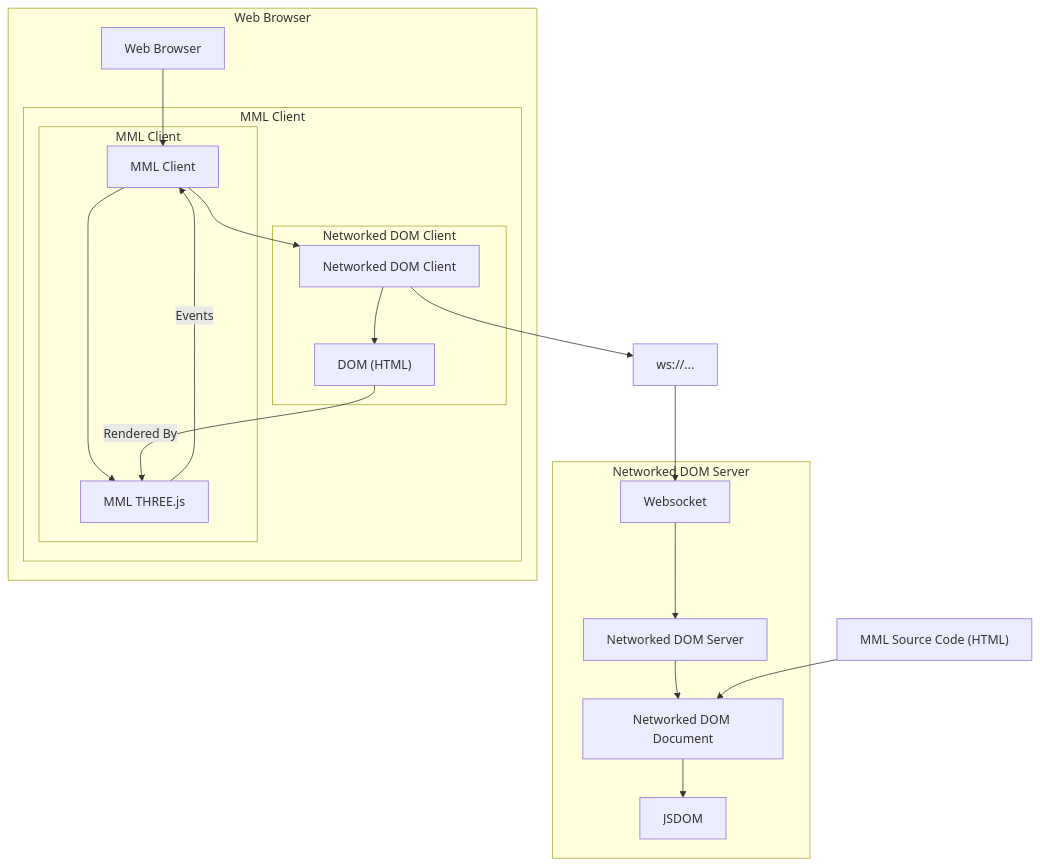
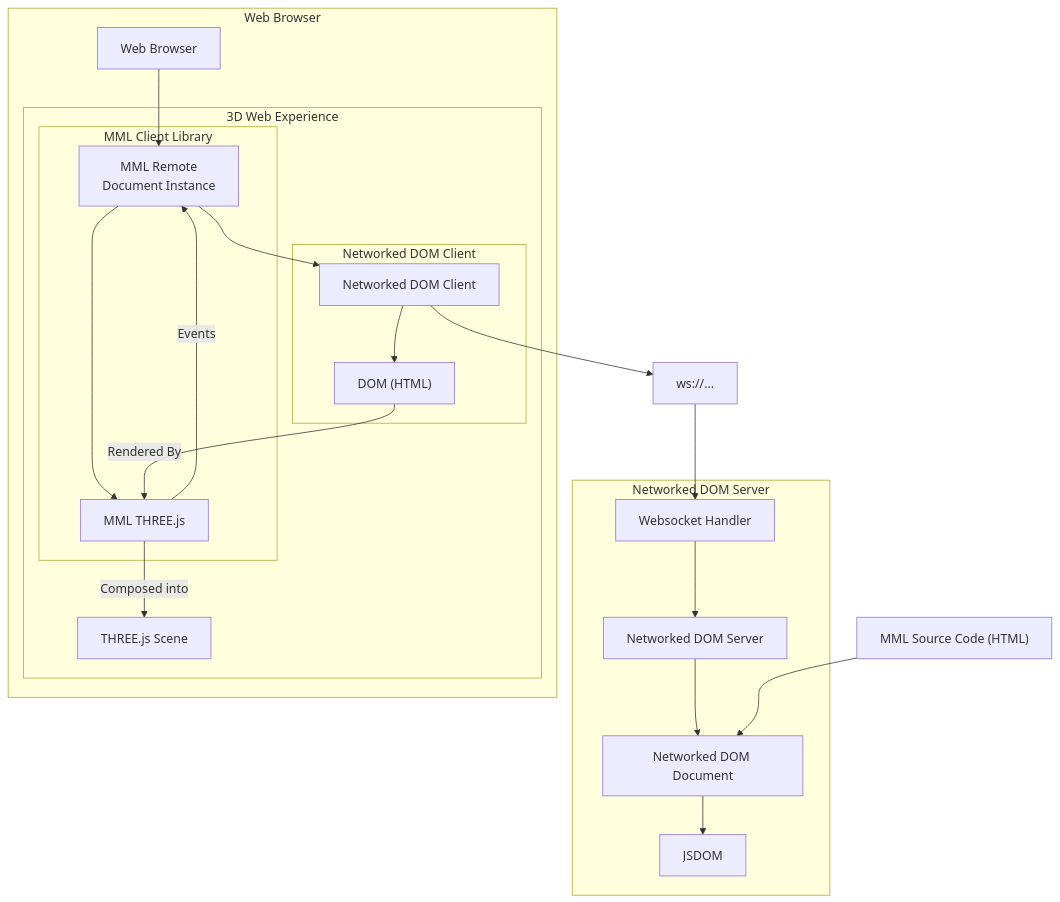
The diagram in README.md (mml-io/mml), drawn with Mermaid before and after one commit. The commit also changed other lines of this file, not shown here.

````diff
--- a/README.md
+++ b/README.md
@@ -98,36 +102,38 @@
 ```mermaid
 graph TD
-      subgraph Networked DOM Server
-          networked-dom-server[Networked DOM Server]
-          networked-dom-document[Networked DOM Document]
-          jsdom[JSDOM]
-          websocket[Websocket]
-          networked-dom-server --> networked-dom-document
-          networked-dom-document --> jsdom
+  subgraph Networked DOM Server
+    networked-dom-server[Networked DOM Server]
+    networked-dom-document[Networked DOM Document]
+    jsdom[JSDOM]
+    websocket[Websocket Handler]
+    networked-dom-server --> networked-dom-document
+    networked-dom-document --> jsdom
+  end
+  mml-source["MML Source Code (HTML)"]
+  mml-source --> networked-dom-document
+  subgraph Web Browser
+    web-browser[Web Browser]
+    subgraph "3D Web Experience"
+      three-js-scene[THREE.js Scene]
+      subgraph Networked DOM Client
+        networked-dom-client[Networked DOM Client]
+        dom["DOM (HTML)"]
+        networked-dom-client --> dom
       end
-      mml-source["MML Source Code (HTML)"]
-      mml-source --> networked-dom-document
-    subgraph Web Browser
-        web-browser[Web Browser]
-        subgraph MML Client
-            subgraph Networked DOM Client
-                networked-dom-client[Networked DOM Client]
-                dom["DOM (HTML)"]
-                networked-dom-client --> dom
-            end
-            subgraph MML Client
-                web-browser-mml-client[MML Client]
-                three-js[MML THREE.js]
-                three-js -- Events --> web-browser-mml-client
-                web-browser-mml-client --> three-js
-            end
-            dom -- Rendered By --> three-js
-        end
+      subgraph MML Client Library
+        web-browser-mml-client[MML Remote\nDocument Instance]
+        mml-three-js[MML THREE.js]
+        mml-three-js -- Events --> web-browser-mml-client
+        web-browser-mml-client --> mml-three-js
+      end
+      dom -- Rendered By --> mml-three-js
+      mml-three-js -- Composed into --> three-js-scene
     end
-    networked-dom-client --> ws-addr
-    ws-addr --> websocket
-    ws-addr["ws://..."]
-    websocket --> networked-dom-server
-    web-browser --> web-browser-mml-client 
-    web-browser-mml-client --> networked-dom-client
+  end
+  networked-dom-client --> ws-addr
+  ws-addr --> websocket
+  ws-addr["ws://..."]
+  websocket --> networked-dom-server
+  web-browser --> web-browser-mml-client
+  web-browser-mml-client --> networked-dom-client
 ```
````
